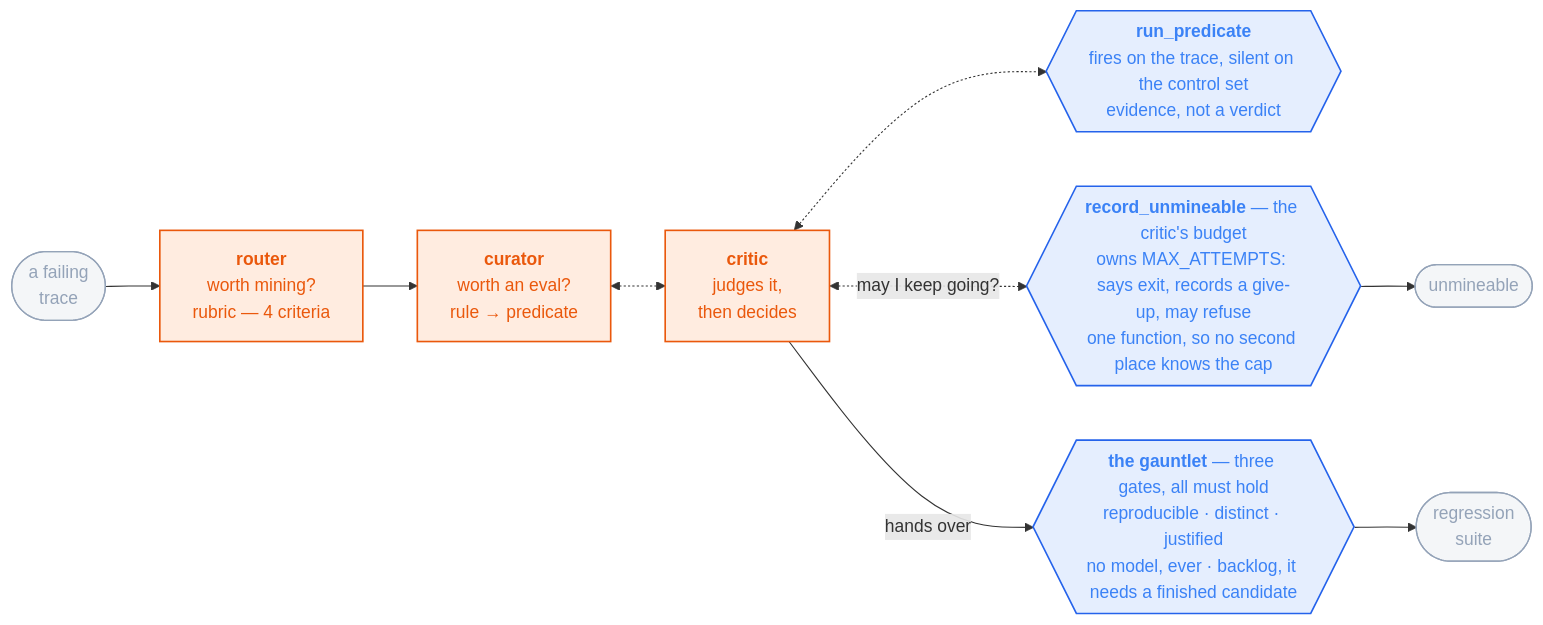
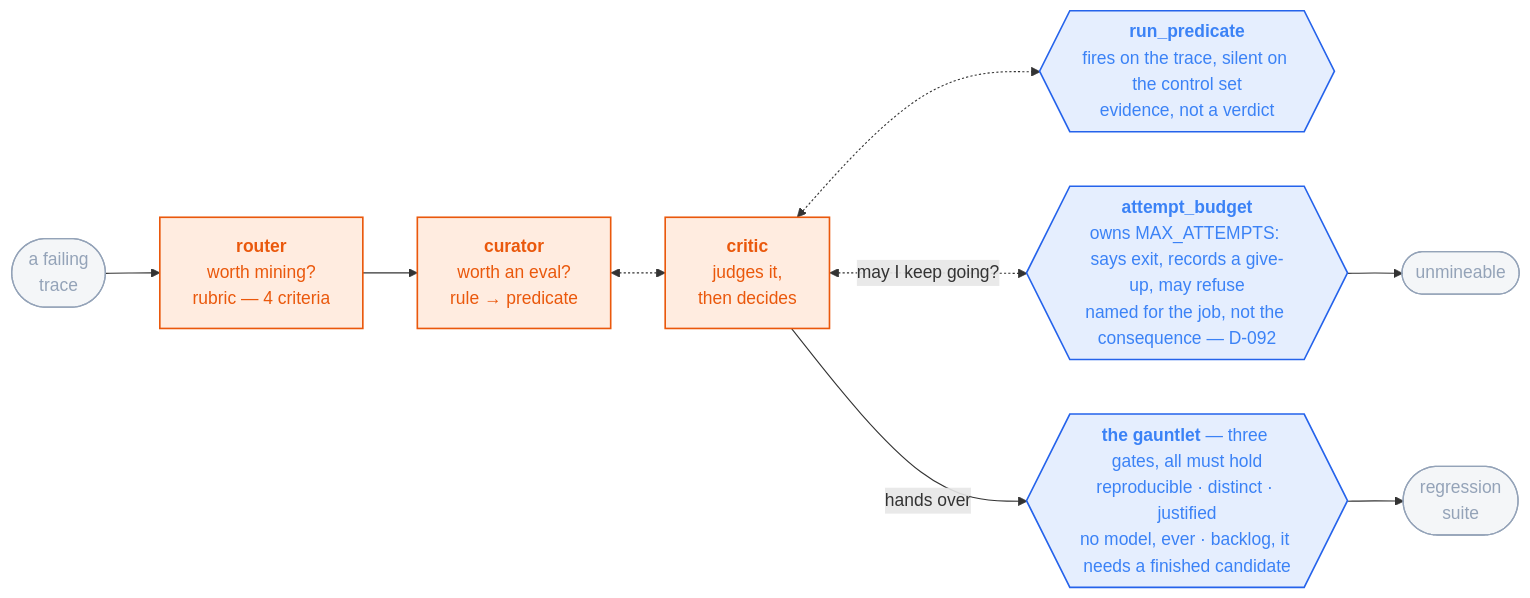
Before and after one commit to sandeepyadav1478/touchstone: the diagram in README.md, drawn with Mermaid. The commit also changed other lines of this file and 6 other files, not shown here.

First line of the commit message:
D-092: record_unmineable -> attempt_budget

````diff
--- a/README.md
+++ b/README.md
@@ -80,18 +80,18 @@
 ```mermaid
 flowchart LR
   T(["a failing<br/>trace"]) --> R["<b>router</b><br/>worth mining?<br/>rubric — 4 criteria"]
   R --> CU["<b>curator</b><br/>worth an eval?<br/>rule → predicate"]
   CU <-.-> CR["<b>critic</b><br/>judges it,<br/>then decides"]
   CR <-.-> RP{{"<b>run_predicate</b><br/>fires on the trace, silent on the control set<br/>evidence, not a verdict"}}
-  CR <-.->|"may I keep going?"| RU{{"<b>record_unmineable</b> — the critic's budget<br/>owns MAX_ATTEMPTS: says exit, records a give-up, may refuse<br/>one function, so no second place knows the cap"}}
-  RU --> U(["unmineable"])
+  CR <-.->|"may I keep going?"| BUDGET{{"<b>attempt_budget</b><br/>owns MAX_ATTEMPTS: says exit, records a give-up, may refuse<br/>named for the job, not the consequence — D-092"}}
+  BUDGET --> U(["unmineable"])
   CR -->|"hands over"| AD{{"<b>the gauntlet</b> — three gates, all must hold<br/>reproducible · distinct · justified<br/>no model, ever · backlog, it needs a finished candidate"}}
   AD --> S(["regression<br/>suite"])
 
   classDef m fill:#f9731622,stroke:#ea580c,stroke-width:1.5px,color:#ea580c
   classDef d fill:#3b82f622,stroke:#2563eb,stroke-width:1.5px,color:#3b82f6
   classDef io fill:#94a3b81a,stroke:#94a3b8,stroke-width:1.2px,color:#94a3b8
   class R,CU,CR m
-  class RP,RU,AD d
+  class RP,BUDGET,AD d
   class T,S,U io
 ```
````
